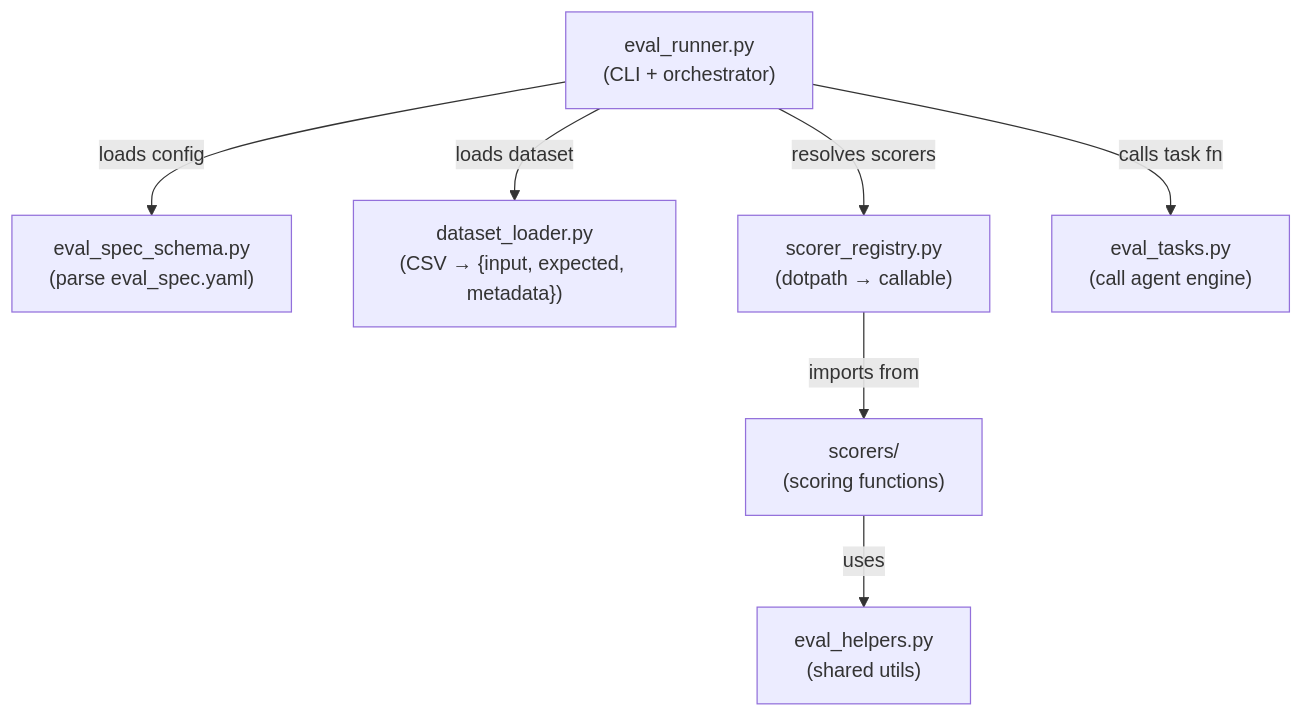
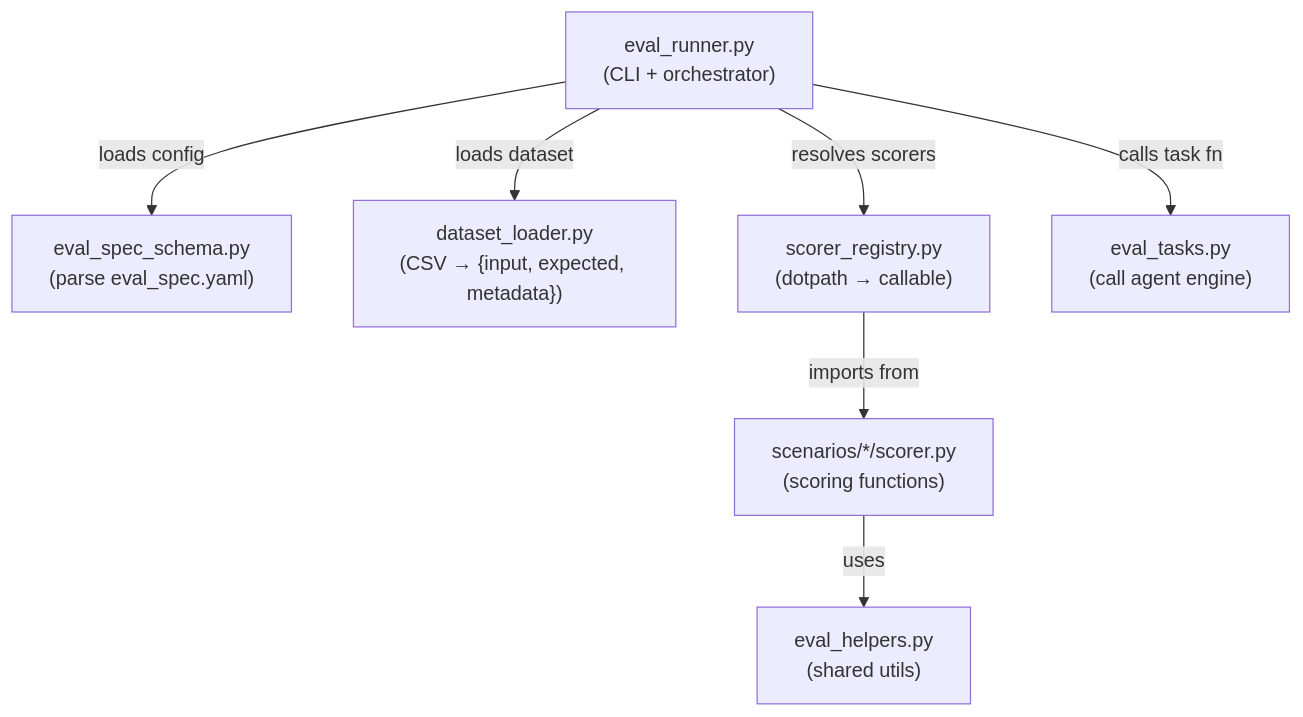
One commit to wei-yiting/fin-lab-x changed the first of 2 diagrams in backend/evals/README.md. Above: the diagram before and after it, drawn with Mermaid. The commit also changed other lines of this file and 19 other files, not shown here.

````diff
--- a/backend/evals/README.md
+++ b/backend/evals/README.md
@@ -86,17 +86,17 @@
 ```mermaid
 graph TD
     CLI["eval_runner.py<br/>(CLI + orchestrator)"]
     Config["eval_spec_schema.py<br/>(parse eval_spec.yaml)"]
     Loader["dataset_loader.py<br/>(CSV → {input, expected, metadata})"]
     Registry["scorer_registry.py<br/>(dotpath → callable)"]
     Tasks["eval_tasks.py<br/>(call agent engine)"]
-    Scorers["scorers/<br/>(scoring functions)"]
+    Scorers["scenarios/*/scorer.py<br/>(scoring functions)"]
     Helpers["eval_helpers.py<br/>(shared utils)"]
 
     CLI -->|loads config| Config
     CLI -->|loads dataset| Loader
     CLI -->|resolves scorers| Registry
     CLI -->|calls task fn| Tasks
     Registry -->|imports from| Scorers
     Scorers -->|uses| Helpers
 ```
````
